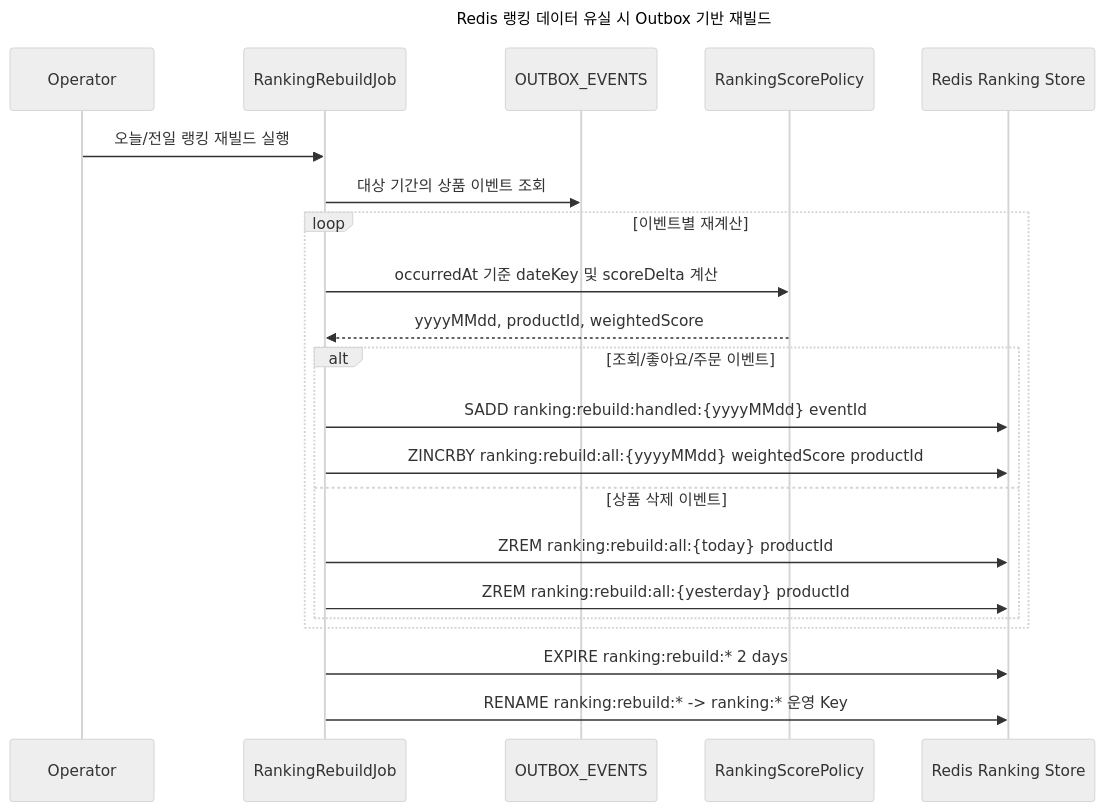
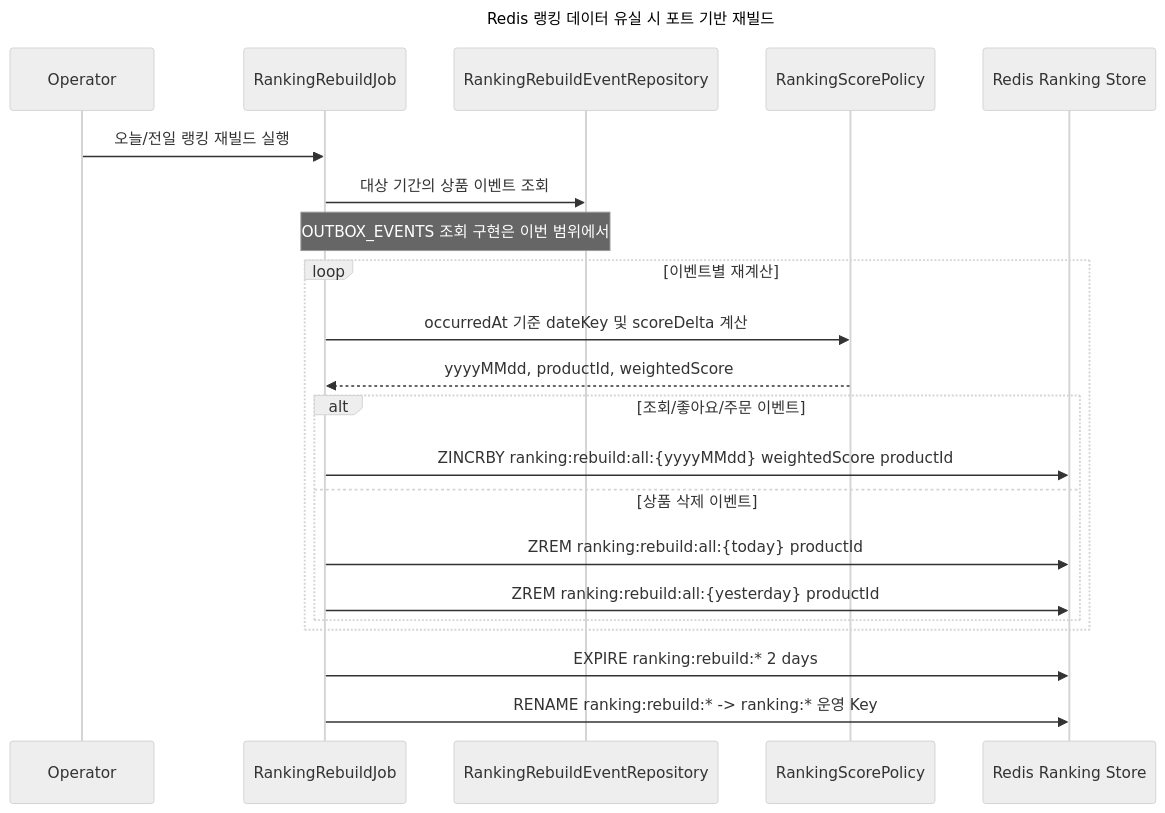
One commit to eelseungmin/loop-pack-be-l2-vol4-java changed diagram 15 of 19 in docs/week2/02-sequence-diagrams.md. Above: the diagram before and after it, drawn with Mermaid (neutral theme). The commit also changed 4 other files, not shown here.

Commit message:
docs: 재빌드 이벤트 조회 구현 보류 반영

````diff
--- a/docs/week2/02-sequence-diagrams.md
+++ b/docs/week2/02-sequence-diagrams.md
@@ -612,25 +612,25 @@
 ```mermaid
 sequenceDiagram
-    title Redis 랭킹 데이터 유실 시 Outbox 기반 재빌드
+    title Redis 랭킹 데이터 유실 시 포트 기반 재빌드
     participant Operator
     participant RebuildJob as RankingRebuildJob
-    participant Outbox as OUTBOX_EVENTS
+    participant EventSource as RankingRebuildEventRepository
     participant ScorePolicy as RankingScorePolicy
     participant Redis as Redis Ranking Store
 
     Operator->>RebuildJob: 오늘/전일 랭킹 재빌드 실행
-    RebuildJob->>Outbox: 대상 기간의 상품 이벤트 조회
+    RebuildJob->>EventSource: 대상 기간의 상품 이벤트 조회
+    Note over RebuildJob, EventSource: 실제 OUTBOX_EVENTS 조회 구현은 이번 범위에서 보류
     loop 이벤트별 재계산
         RebuildJob->>ScorePolicy: occurredAt 기준 dateKey 및 scoreDelta 계산
         ScorePolicy-->>RebuildJob: yyyyMMdd, productId, weightedScore
         alt 조회/좋아요/주문 이벤트
-            RebuildJob->>Redis: SADD ranking:rebuild:handled:{yyyyMMdd} eventId
             RebuildJob->>Redis: ZINCRBY ranking:rebuild:all:{yyyyMMdd} weightedScore productId
         else 상품 삭제 이벤트
             RebuildJob->>Redis: ZREM ranking:rebuild:all:{today} productId
             RebuildJob->>Redis: ZREM ranking:rebuild:all:{yesterday} productId
         end
     end
     RebuildJob->>Redis: EXPIRE ranking:rebuild:* 2 days
     RebuildJob->>Redis: RENAME ranking:rebuild:* -> ranking:* 운영 Key
 ```
````
